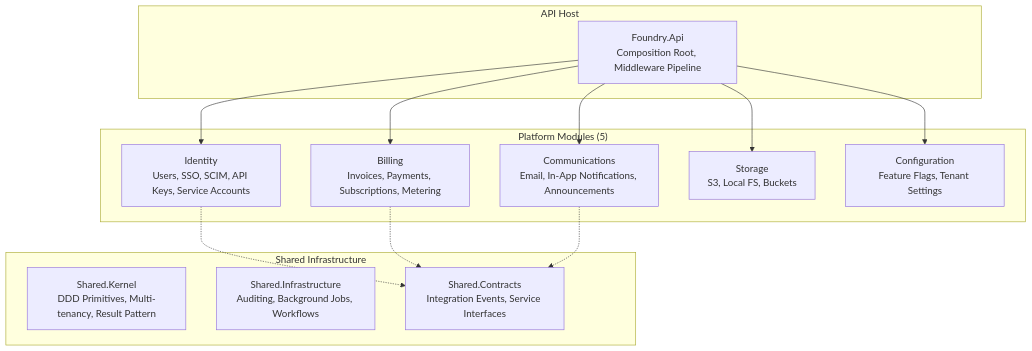
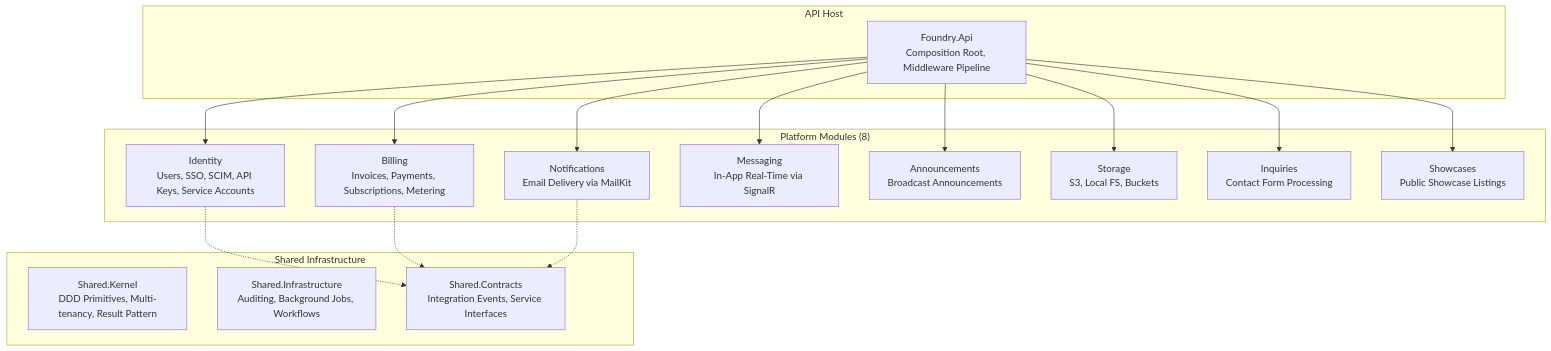
Before and after one commit to bc-solutions-coder/Wallow: the first of 6 diagrams in docs/architecture/ARCHITECTURE-DIAGRAMS.md, drawn with Mermaid. The commit also changed other lines of this file and 8 other files, not shown here.

First line of the commit message:
docs: update module references across core and architecture docs

````diff
--- a/docs/architecture/ARCHITECTURE-DIAGRAMS.md
+++ b/docs/architecture/ARCHITECTURE-DIAGRAMS.md
@@ -26,30 +26,36 @@
 ```mermaid
 graph TB
-    subgraph "Platform Modules (5)"
+    subgraph "Platform Modules (8)"
         Identity[Identity<br/>Users, SSO, SCIM, API Keys, Service Accounts]
         Billing[Billing<br/>Invoices, Payments, Subscriptions, Metering]
-        Communications[Communications<br/>Email, In-App Notifications, Announcements]
+        Notifications[Notifications<br/>Email Delivery via MailKit]
+        Messaging[Messaging<br/>In-App Real-Time via SignalR]
+        Announcements[Announcements<br/>Broadcast Announcements]
         Storage[Storage<br/>S3, Local FS, Buckets]
-        Configuration[Configuration<br/>Feature Flags, Tenant Settings]
+        Inquiries[Inquiries<br/>Contact Form Processing]
+        Showcases[Showcases<br/>Public Showcase Listings]
     end
 
     subgraph "Shared Infrastructure"
         SharedKernel[Shared.Kernel<br/>DDD Primitives, Multi-tenancy, Result Pattern]
         SharedInfra[Shared.Infrastructure<br/>Auditing, Background Jobs, Workflows]
         SharedContracts[Shared.Contracts<br/>Integration Events, Service Interfaces]
     end
 
     subgraph "API Host"
         Api[Foundry.Api<br/>Composition Root, Middleware Pipeline]
     end
 
     Identity -.-> SharedContracts
     Billing -.-> SharedContracts
-    Communications -.-> SharedContracts
+    Notifications -.-> SharedContracts
 
     Api --> Identity
     Api --> Billing
-    Api --> Communications
+    Api --> Notifications
+    Api --> Messaging
+    Api --> Announcements
     Api --> Storage
-    Api --> Configuration
+    Api --> Inquiries
+    Api --> Showcases
 ```
````
